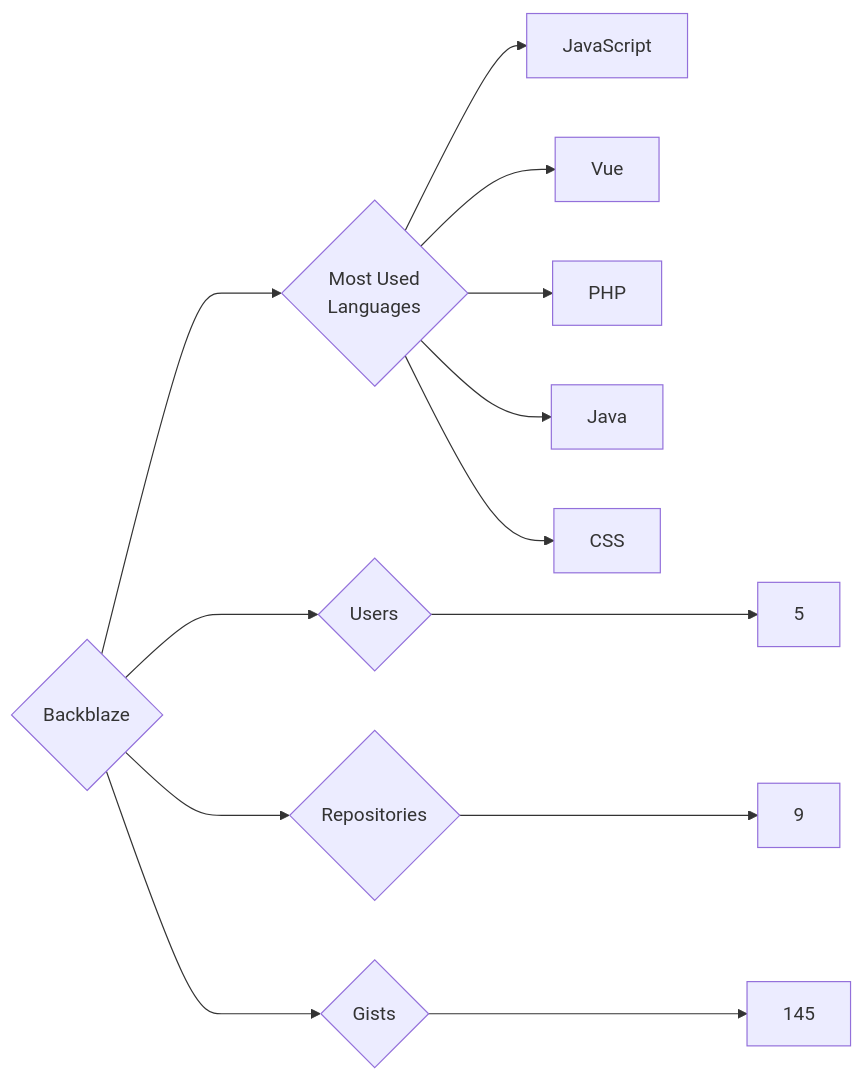
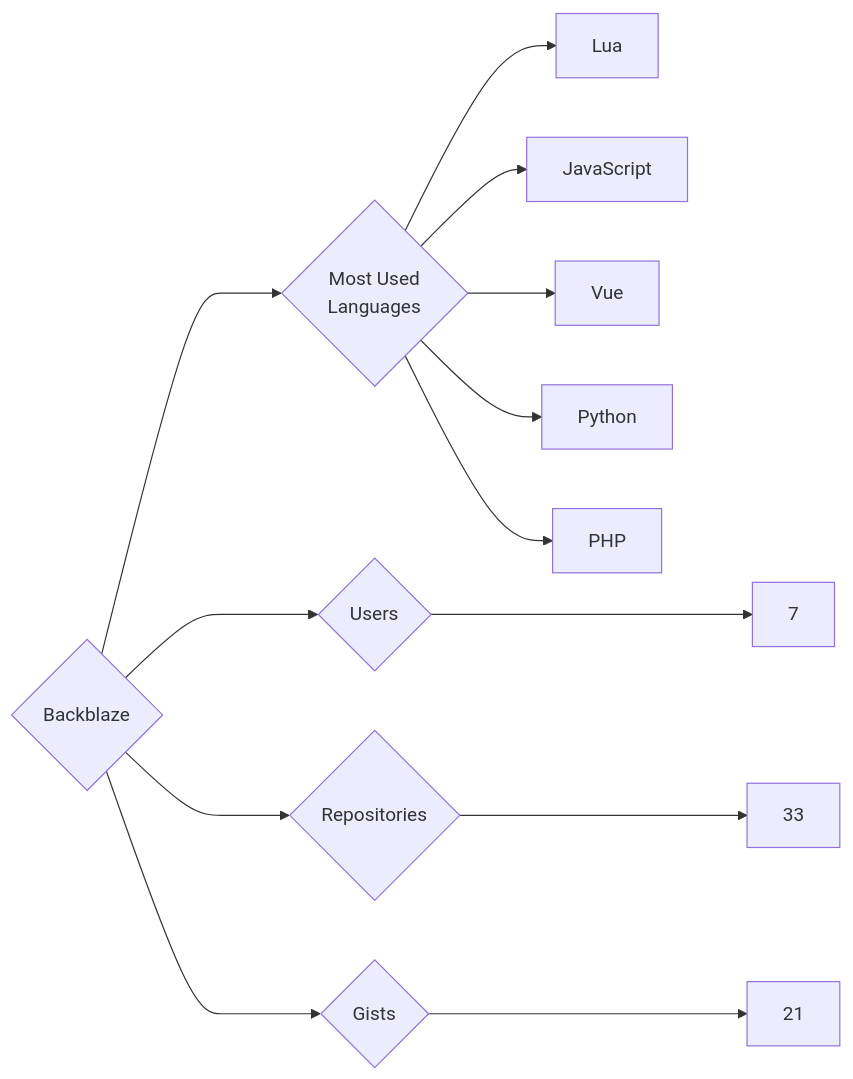
One commit to trickest/insiders changed the diagram in targets/Backblaze/README.md. Above: the diagram before and after it, drawn with Mermaid. The commit also changed 1088 other files, not shown here.

````diff
--- a/targets/Backblaze/README.md
+++ b/targets/Backblaze/README.md
@@ -3,13 +3,13 @@
 ```mermaid
 graph LR
 COMPANY_NAME{Backblaze}
-COMPANY_NAME ---> U{Users} ---> UN[5]
-COMPANY_NAME ---> R{Repositories} ---> RN[9]
-COMPANY_NAME ---> G{Gists} ---> GN[145]
+COMPANY_NAME ---> U{Users} ---> UN[7]
+COMPANY_NAME ---> R{Repositories} ---> RN[33]
+COMPANY_NAME ---> G{Gists} ---> GN[21]
 COMPANY_NAME ---> ML{Most Used<br>Languages}
+ML --> Lua[Lua]
 ML --> JavaScript[JavaScript]
 ML --> Vue[Vue]
+ML --> Python[Python]
 ML --> PHP[PHP]
-ML --> Java[Java]
-ML --> CSS[CSS]
 ```
````
